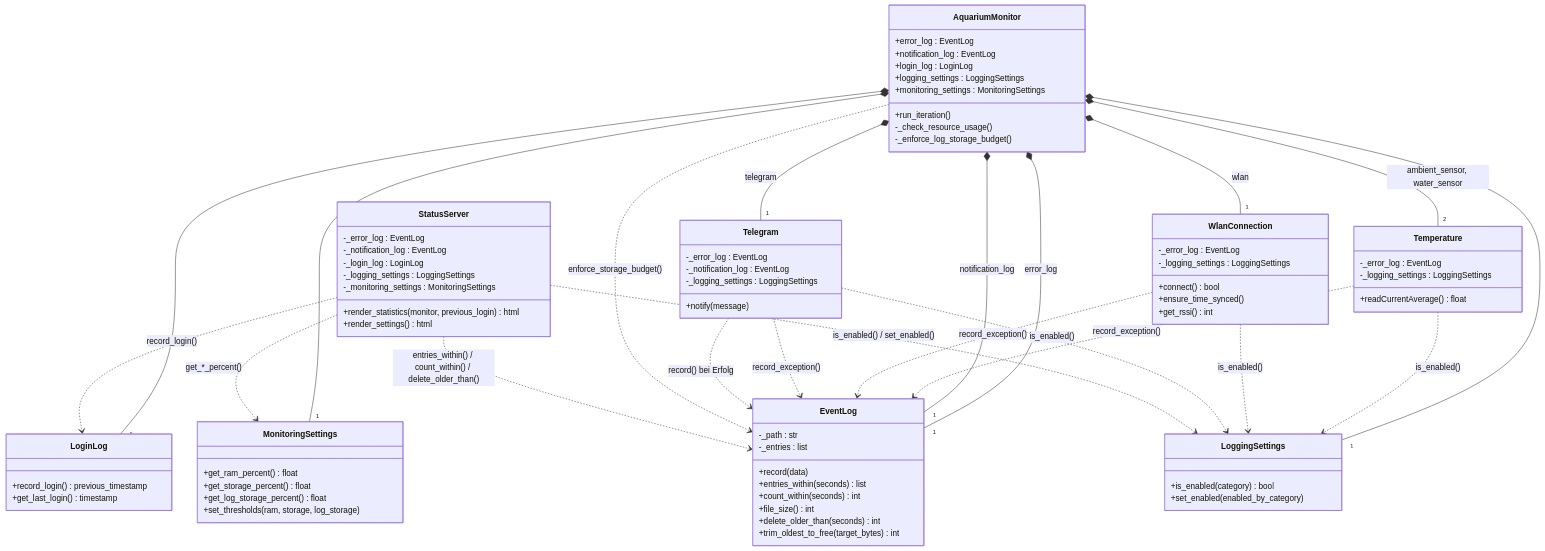
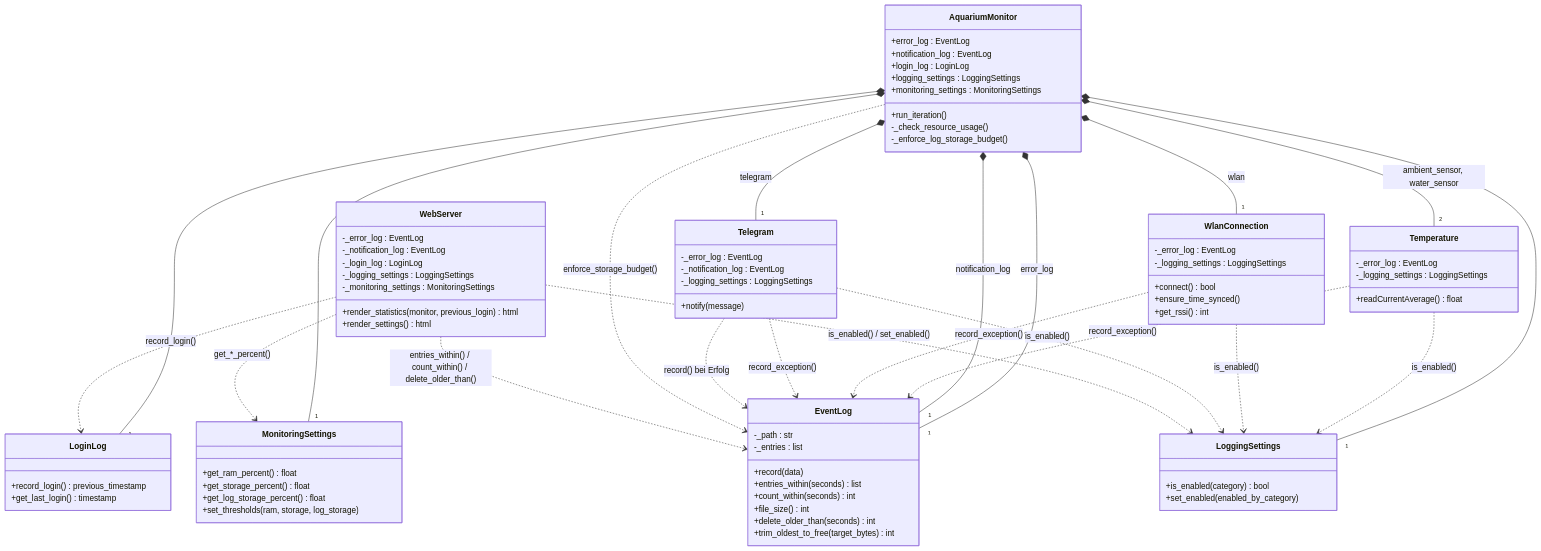
Before and after one commit to michael-mammut/temperatur-monitoring: the third of 4 diagrams in README.md, drawn with Mermaid. The commit also changed other lines of this file and 14 other files, not shown here.

Commit message:
WebServer in Kern + Seiten-Module aufgeteilt, statusserver.py → webserver.py umbenannt

````diff
--- a/README.md
+++ b/README.md
@@ -127,7 +127,7 @@
         -_enforce_log_storage_budget()
     }
 
-    class StatusServer {
+    class WebServer {
         -_error_log : EventLog
         -_notification_log : EventLog
         -_login_log : LoginLog
@@ -156,8 +156,8 @@
 
     AquariumMonitor ..> EventLog : enforce_storage_budget()
 
-    StatusServer ..> EventLog : entries_within() / count_within() / delete_older_than()
-    StatusServer ..> LoginLog : record_login()
-    StatusServer ..> LoggingSettings : is_enabled() / set_enabled()
-    StatusServer ..> MonitoringSettings : get_*_percent()
+    WebServer ..> EventLog : entries_within() / count_within() / delete_older_than()
+    WebServer ..> LoginLog : record_login()
+    WebServer ..> LoggingSettings : is_enabled() / set_enabled()
+    WebServer ..> MonitoringSettings : get_*_percent()
 ```
````
